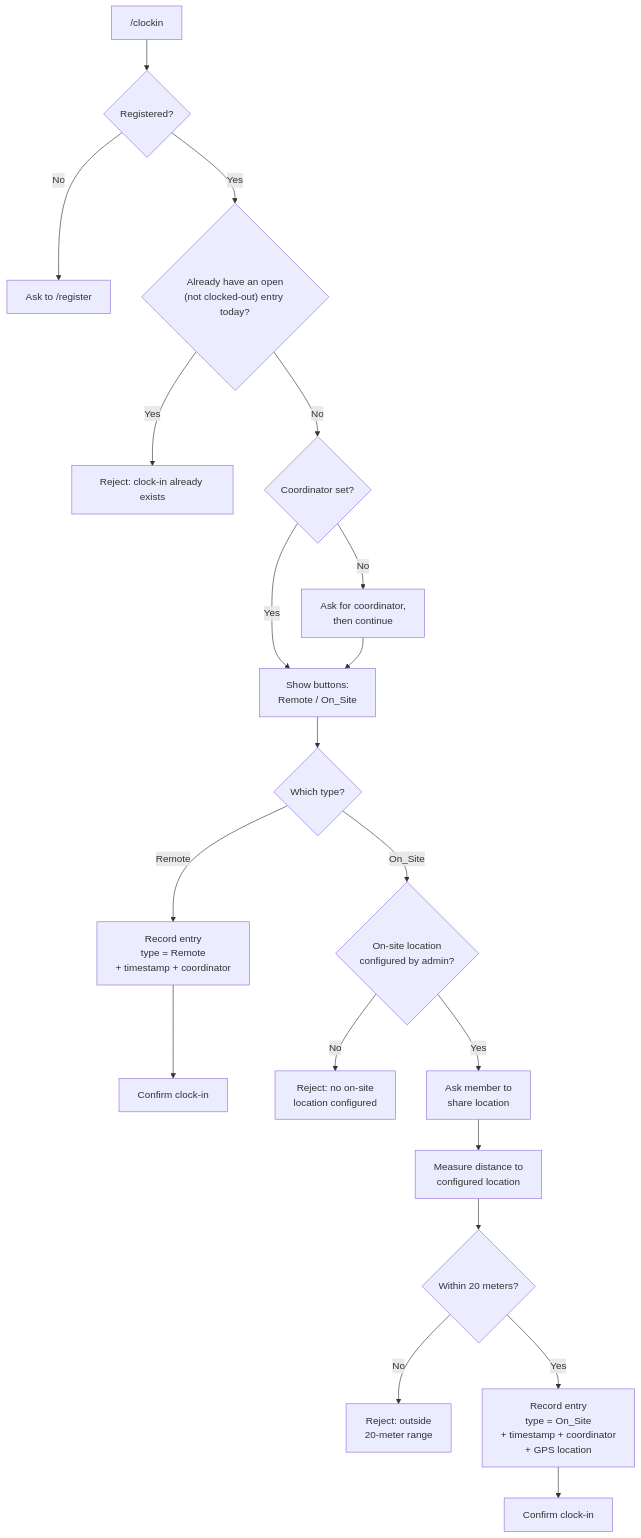
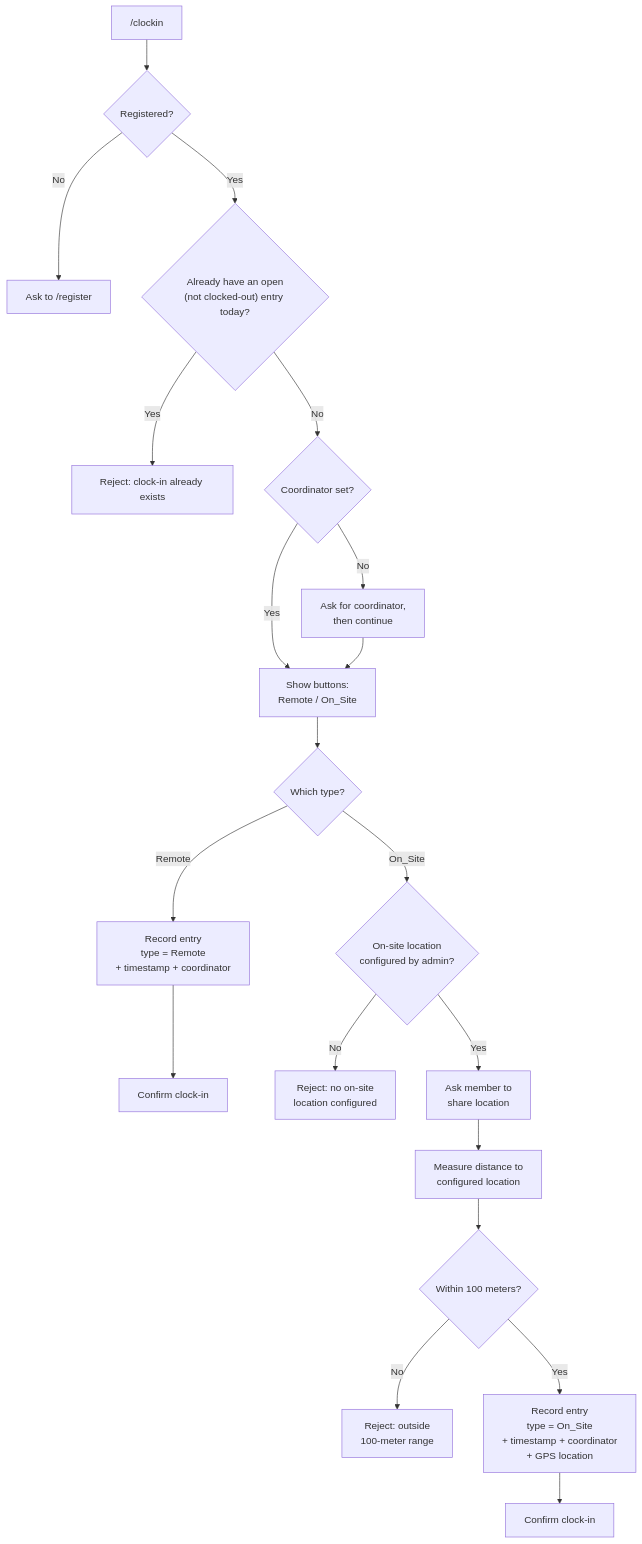
Before and after one commit to keovoin/DBP_Attendance: the fifth of 10 diagrams in FLOWCHART.md, drawn with Mermaid. The commit also changed other lines of this file and 9 other files, not shown here.

````diff
--- a/FLOWCHART.md
+++ b/FLOWCHART.md
@@ -86,25 +97,25 @@
 ```mermaid
 flowchart TD
     CI["/clockin"] --> MEMBER{"Registered?"}
     MEMBER -->|No| RNO["Ask to /register"]
     MEMBER -->|Yes| OPEN{"Already have an open<br/>(not clocked-out) entry today?"}
     OPEN -->|Yes| REJ1["Reject: clock-in already exists"]
     OPEN -->|No| COORD{"Coordinator set?"}
     COORD -->|No| ASKC["Ask for coordinator,<br/>then continue"]
     COORD -->|Yes| PICK["Show buttons:<br/>Remote / On_Site"]
     ASKC --> PICK
 
     PICK --> CHOICE{"Which type?"}
 
     CHOICE -->|Remote| REMOTE["Record entry<br/>type = Remote<br/>+ timestamp + coordinator"]
     REMOTE --> OKR["Confirm clock-in"]
 
     CHOICE -->|On_Site| CONF{"On-site location<br/>configured by admin?"}
     CONF -->|No| REJ2["Reject: no on-site<br/>location configured"]
     CONF -->|Yes| REQ["Ask member to<br/>share location"]
     REQ --> DIST["Measure distance to<br/>configured location"]
-    DIST --> RANGE{"Within 20 meters?"}
-    RANGE -->|No| REJ3["Reject: outside<br/>20-meter range"]
+    DIST --> RANGE{"Within 100 meters?"}
+    RANGE -->|No| REJ3["Reject: outside<br/>100-meter range"]
     RANGE -->|Yes| ONSITE["Record entry<br/>type = On_Site<br/>+ timestamp + coordinator<br/>+ GPS location"]
     ONSITE --> OKO["Confirm clock-in"]
 ```
````
